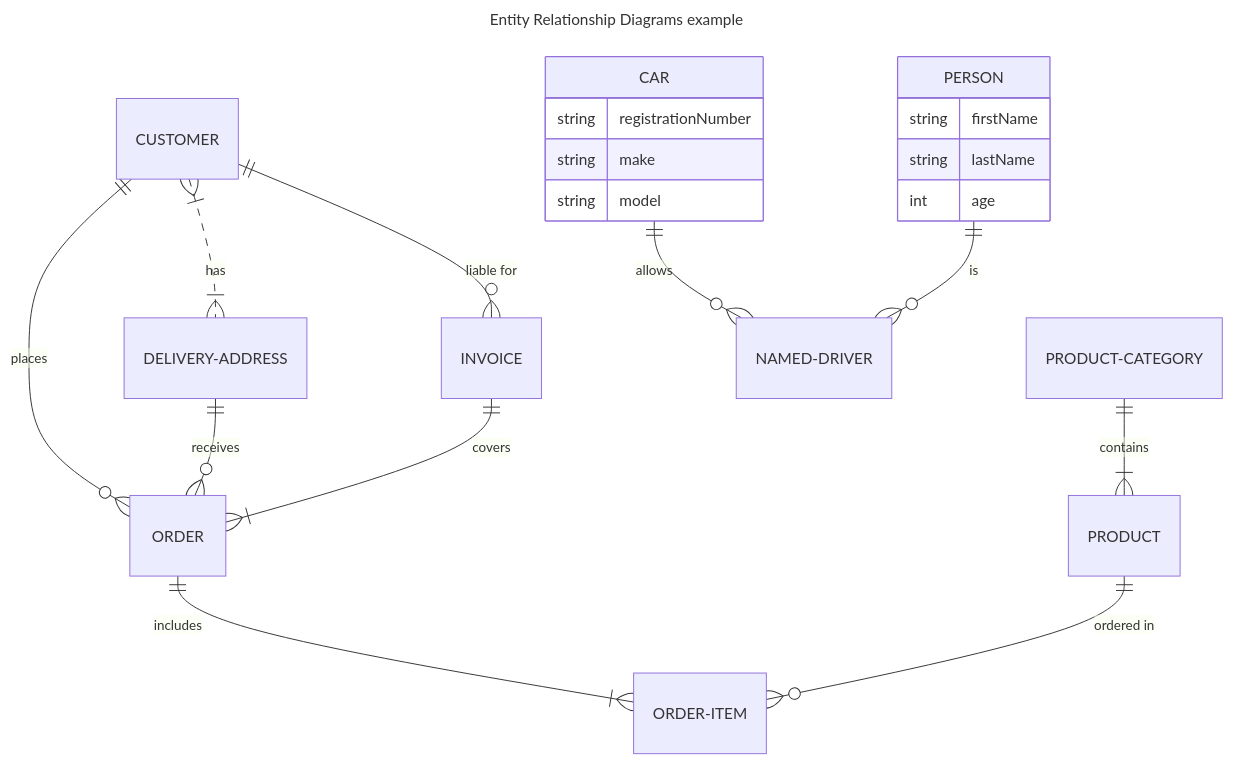
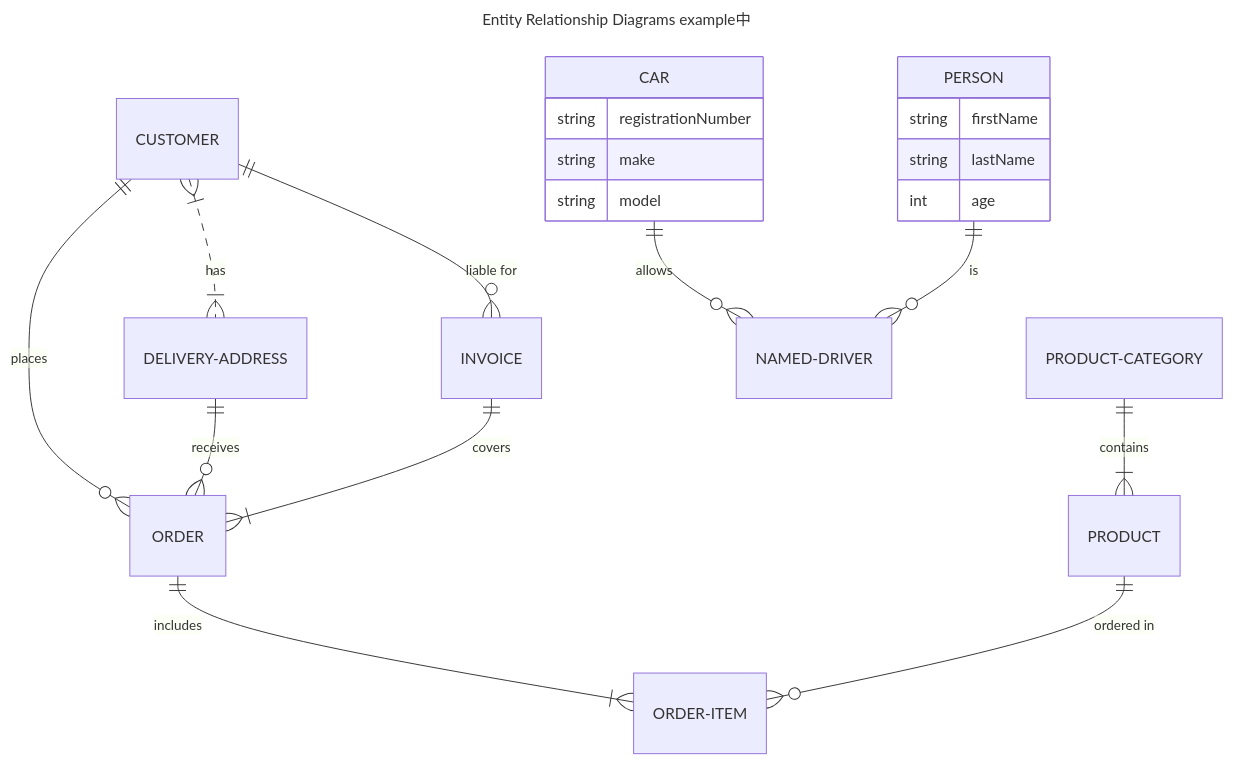
Before and after one commit to MadMaxChow/VLOOK: diagram 11 of 30 in released/demo/chart.md, drawn with Mermaid. The commit also changed other lines of this file and 100 other files, not shown here.

````diff
--- a/released/demo/chart.md
+++ b/released/demo/chart.md
@@ -761,27 +761,27 @@
 ```mermaid
 ---
-title: Entity Relationship Diagrams example
+title: Entity Relationship Diagrams example中
 ---
 erDiagram
     CUSTOMER }|..|{ DELIVERY-ADDRESS : has
     CUSTOMER ||--o{ ORDER : places
     CUSTOMER ||--o{ INVOICE : "liable for"
     DELIVERY-ADDRESS ||--o{ ORDER : receives
     INVOICE ||--|{ ORDER : covers
     ORDER ||--|{ ORDER-ITEM : includes
     PRODUCT-CATEGORY ||--|{ PRODUCT : contains
     PRODUCT ||--o{ ORDER-ITEM : "ordered in"
     
     CAR ||--o{ NAMED-DRIVER : allows
     CAR {
         string registrationNumber
         string make
         string model
     }
     PERSON ||--o{ NAMED-DRIVER : is
     PERSON {
         string firstName
         string lastName
         int age
     }
 ```
````
